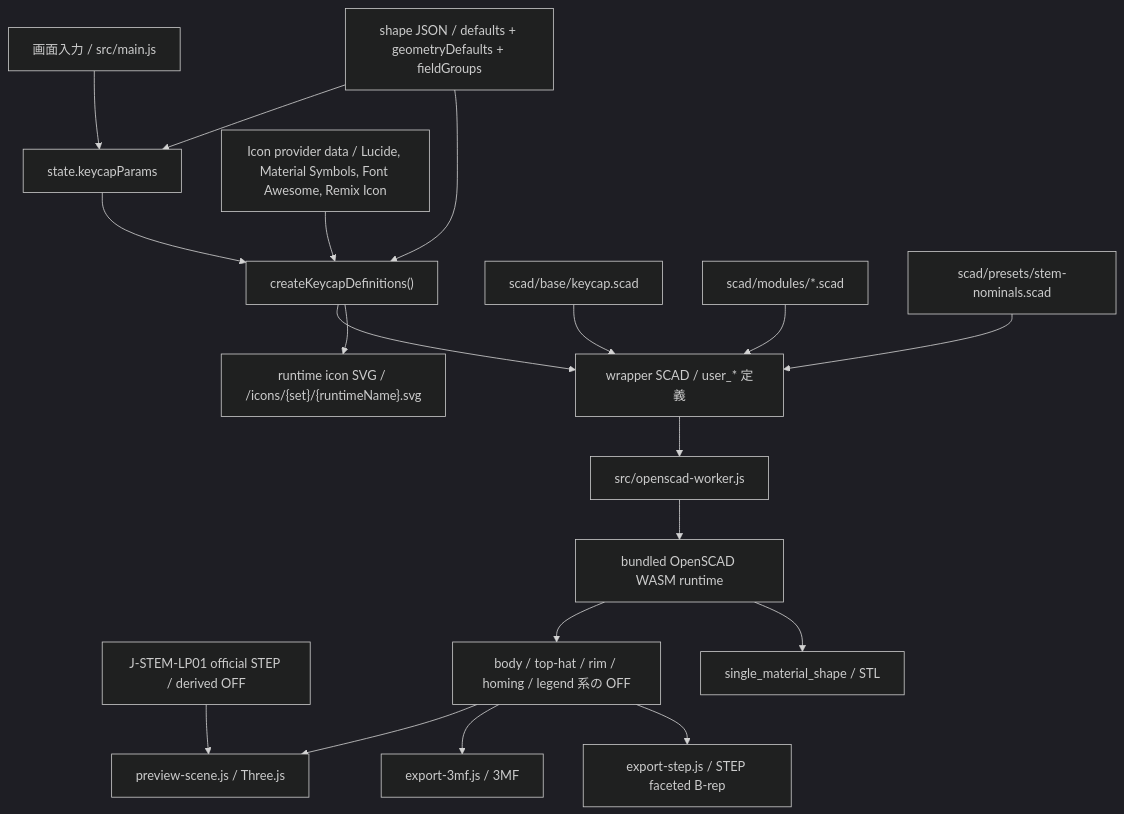
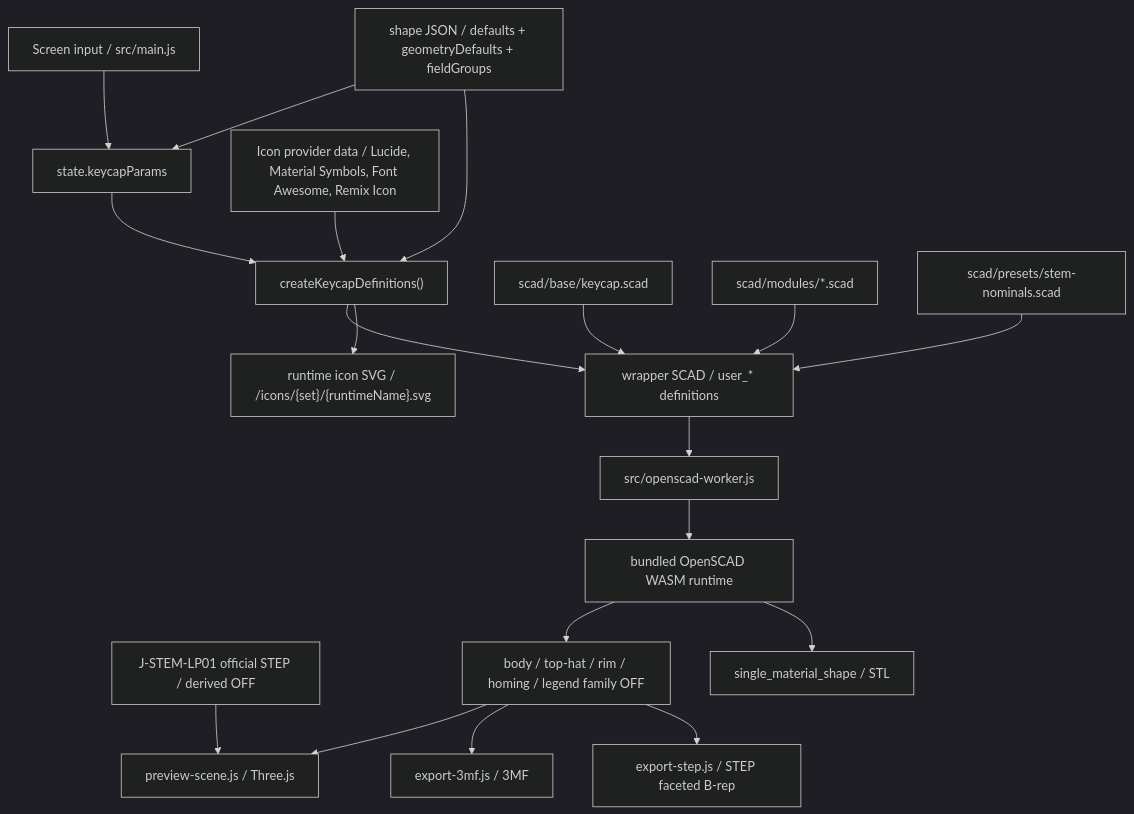
The diagram in docs/architecture/scad-and-export.md (klezm/KeycapMaker), drawn with Mermaid (dark theme) before and after one commit. The commit also changed other lines of this file and 41 other files, not shown here.

````diff
--- a/docs/architecture/scad-and-export.md
+++ b/docs/architecture/scad-and-export.md
@@ -94,21 +94,21 @@
 ```mermaid
 flowchart TD
-  screen["画面入力 / src/main.js"] --> state["state.keycapParams"]
+  screen["Screen input / src/main.js"] --> state["state.keycapParams"]
   shapeJson["shape JSON / defaults + geometryDefaults + fieldGroups"] --> state
   state --> bridge["createKeycapDefinitions()"]
   shapeJson --> bridge
   icons["Icon provider data / Lucide, Material Symbols, Font Awesome, Remix Icon"] --> bridge
-  bridge --> wrapper["wrapper SCAD / user_* 定義"]
+  bridge --> wrapper["wrapper SCAD / user_* definitions"]
   bridge --> iconSvg["runtime icon SVG / /icons/{set}/{runtimeName}.svg"]
   stepAsset["J-STEM-LP01 official STEP / derived OFF"] --> preview
   scadEntry["scad/base/keycap.scad"] --> wrapper
   scadModules["scad/modules/*.scad"] --> wrapper
   stemNominals["scad/presets/stem-nominals.scad"] --> wrapper
   wrapper --> worker["src/openscad-worker.js"]
   worker --> wasm["bundled OpenSCAD WASM runtime"]
-  wasm --> off["body / top-hat / rim / homing / legend 系の OFF"]
+  wasm --> off["body / top-hat / rim / homing / legend family OFF"]
   off --> preview["preview-scene.js / Three.js"]
   off --> export3mf["export-3mf.js / 3MF"]
   off --> exportStep["export-step.js / STEP faceted B-rep"]
   wasm --> exportStl["single_material_shape / STL"]
 ```
````
